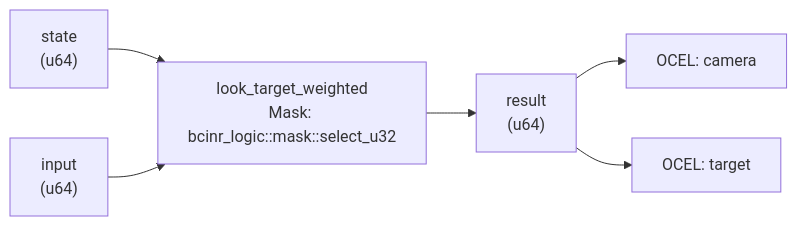
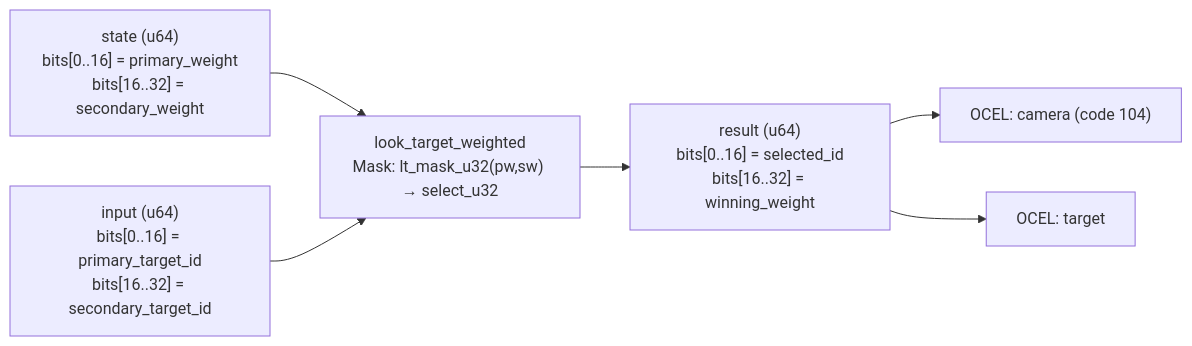
The diagram in crates/wasm4games/docs/patterns/look_target_weighted.md (seanchatmangpt/bcinr), drawn with Mermaid before and after one commit. The commit also changed other lines of this file and 36 other files, not shown here.

````diff
--- a/crates/wasm4games/docs/patterns/look_target_weighted.md
+++ b/crates/wasm4games/docs/patterns/look_target_weighted.md
@@ -56,14 +38,14 @@
 ```mermaid
 graph LR
-    state["state\n(u64)"]
-    input["input\n(u64)"]
-    kernel["look_target_weighted\nMask: bcinr_logic::mask::select_u32"]
-    result["result\n(u64)"]
+    state["state (u64)\nbits[0..16] = primary_weight\nbits[16..32] = secondary_weight"]
+    input["input (u64)\nbits[0..16] = primary_target_id\nbits[16..32] = secondary_target_id"]
+    kernel["look_target_weighted\nMask: lt_mask_u32(pw,sw) → select_u32"]
+    result["result (u64)\nbits[0..16] = selected_id\nbits[16..32] = winning_weight"]
     state --> kernel
     input --> kernel
     kernel --> result
-    ocel_0["OCEL: camera"]
+    ocel_0["OCEL: camera (code 104)"]
     result --> ocel_0
     ocel_1["OCEL: target"]
     result --> ocel_1
 ```
````
